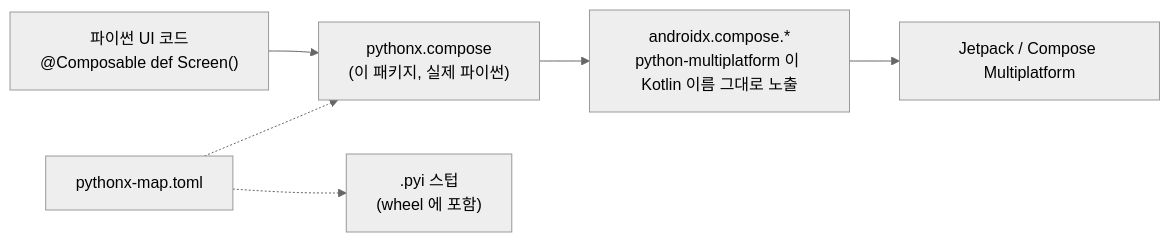
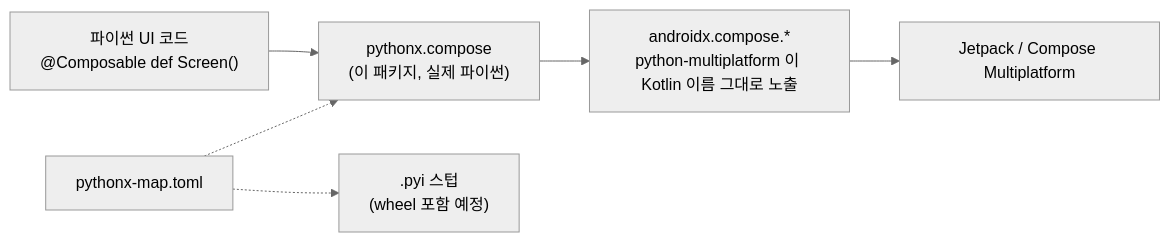
One commit to thisisthepy/pythonx-compose changed the diagram in docs/locale/README_ko.md. Above: the diagram before and after it, drawn with Mermaid (neutral theme). The commit also changed other lines of this file and 8 other files, not shown here.

````diff
--- a/docs/locale/README_ko.md
+++ b/docs/locale/README_ko.md
@@ -53,8 +62,8 @@
 ```mermaid
 flowchart LR
     app["파이썬 UI 코드<br/>@Composable def Screen()"] --> px["pythonx.compose<br/>(이 패키지, 실제 파이썬)"]
     px --> ax["androidx.compose.*<br/>python-multiplatform 이 Kotlin 이름 그대로 노출"]
     ax --> compose["Jetpack / Compose Multiplatform"]
     map["pythonx-map.toml"] -.-> px
-    map -.-> pyi[".pyi 스텁<br/>(wheel 에 포함)"]
+    map -.-> pyi[".pyi 스텁<br/>(wheel 포함 예정)"]
 ```
````
